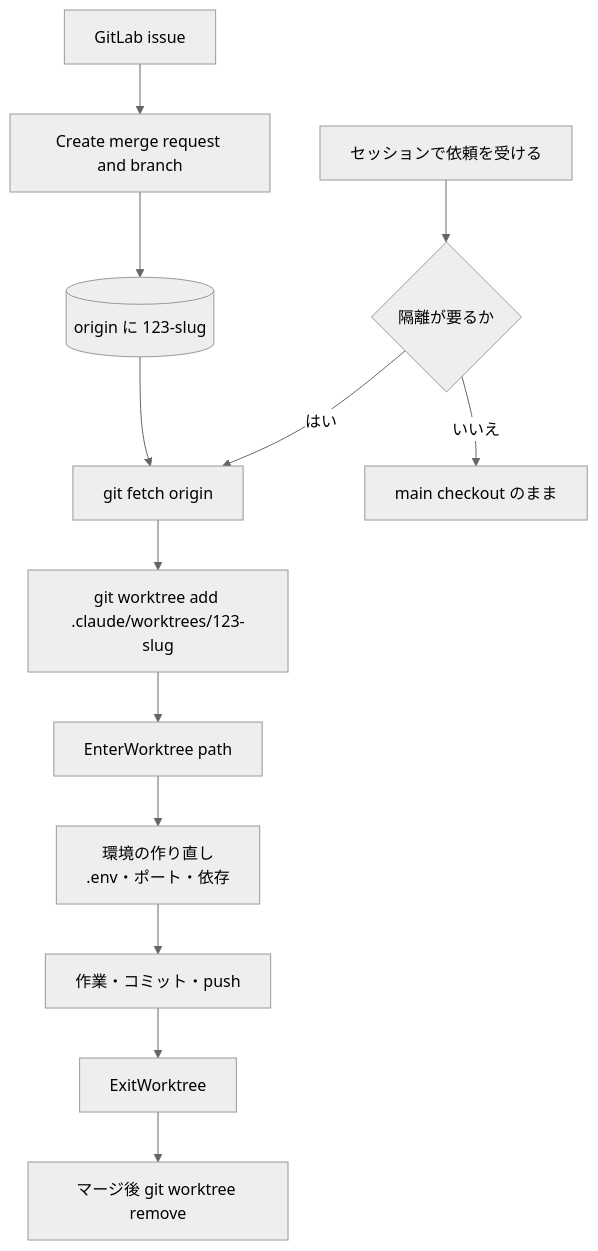
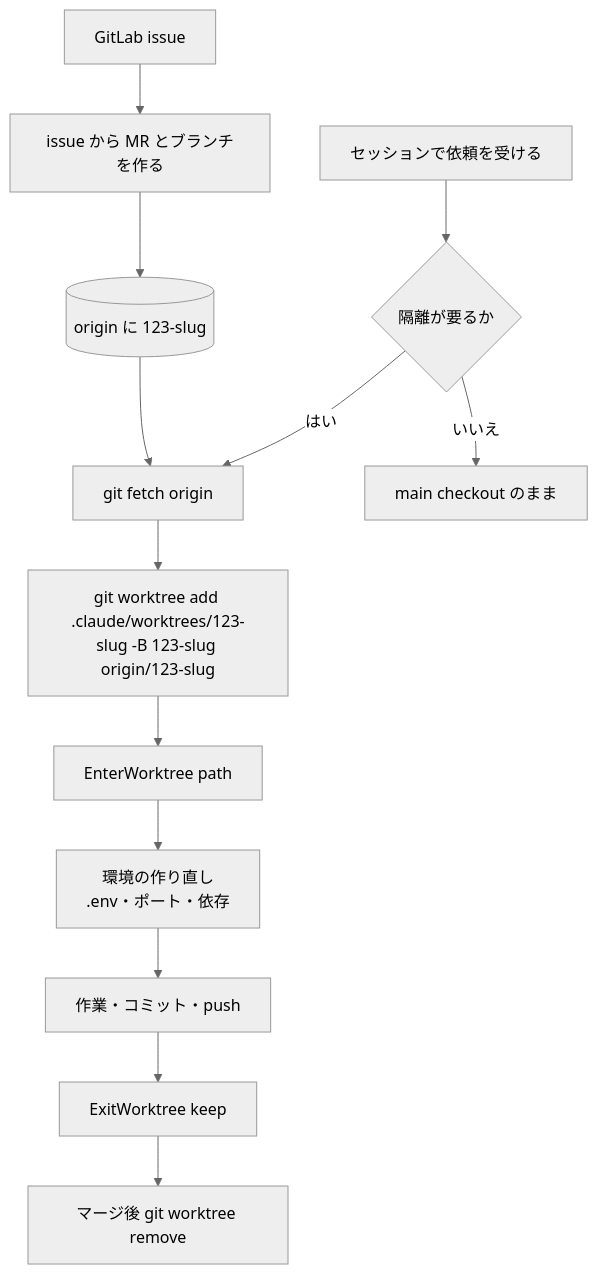
Before and after one commit to yuki-matsu783/agent-knowledge: the diagram in knowledge/agents/worktree-on-gitlab-merge-request-branch.md, drawn with Mermaid (neutral theme). The commit also changed other lines of this file and 4 other files, not shown here.

Commit message:
docs: GitLab の MR ブランチで worktree に入る手順を検証して how-to に昇格し関連知見 2 件を追加

````diff
--- a/knowledge/agents/worktree-on-gitlab-merge-request-branch.md
+++ b/knowledge/agents/worktree-on-gitlab-merge-request-branch.md
@@ -95,15 +98,15 @@
 ```mermaid
 flowchart TD
-  I[GitLab issue] --> B1[Create merge request and branch]
+  I[GitLab issue] --> B1[issue から MR とブランチを作る]
   B1 --> R[(origin に 123-slug)]
   R --> F[git fetch origin]
   T[セッションで依頼を受ける] --> D{隔離が要るか}
   D -->|いいえ| M[main checkout のまま]
   D -->|はい| F
-  F --> A2[git worktree add .claude/worktrees/123-slug]
+  F --> A2[git worktree add .claude/worktrees/123-slug -B 123-slug origin/123-slug]
   A2 --> E[EnterWorktree path]
   E --> S[環境の作り直し<br/>.env・ポート・依存]
   S --> W[作業・コミット・push]
-  W --> X[ExitWorktree]
+  W --> X[ExitWorktree keep]
   X --> C[マージ後 git worktree remove]
 ```
````
